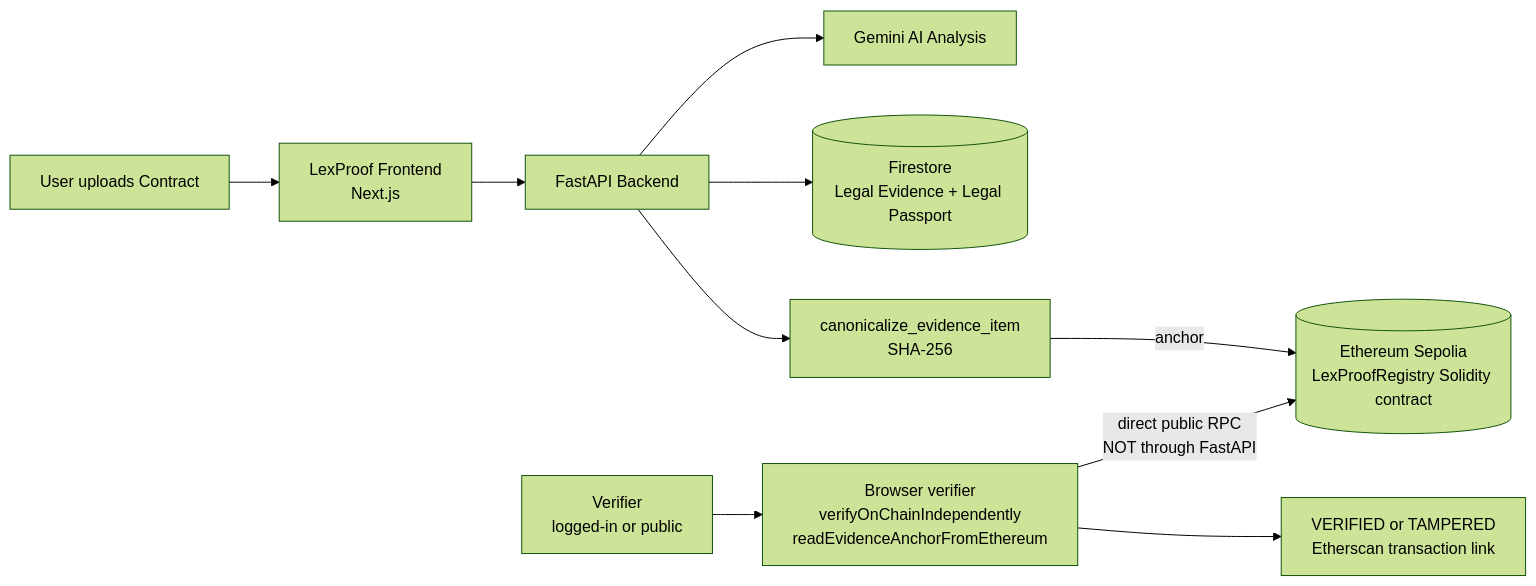
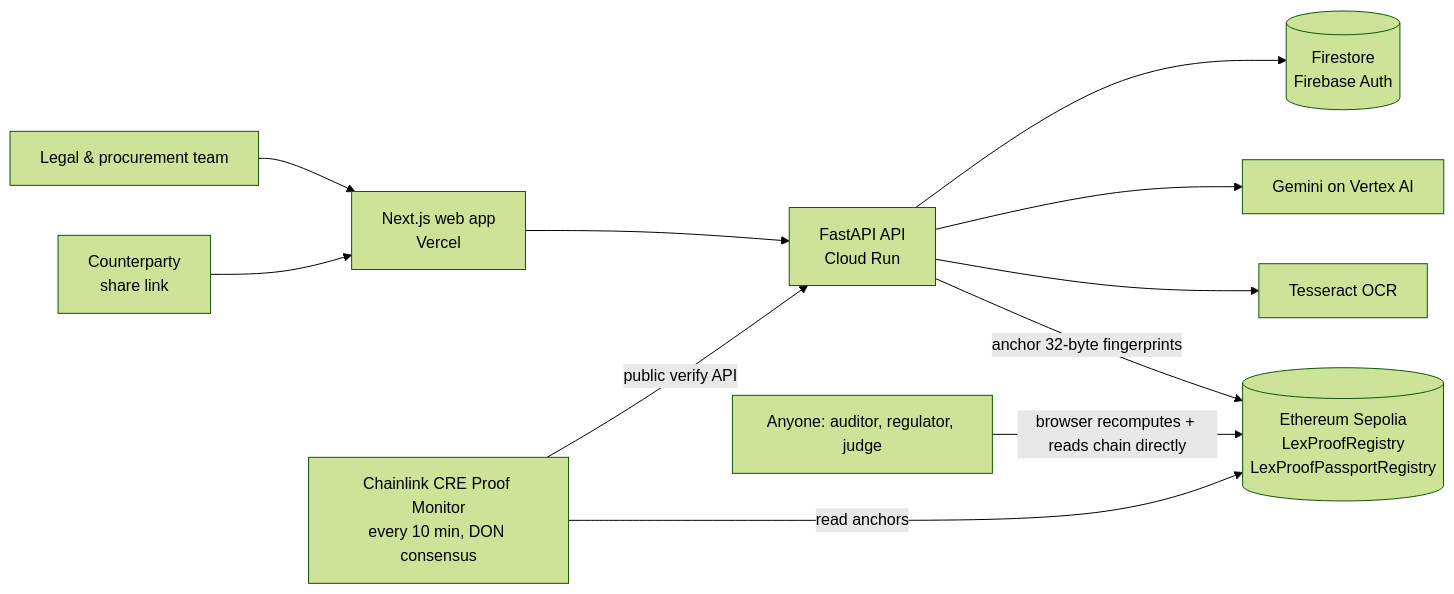
Before and after one commit to pgskannan/LexProof: the diagram in README.md, drawn with Mermaid (forest theme). The commit also changed other lines of this file and 9 other files, not shown here.

Commit message:
feat: read-only judge account, archive E2E test contracts, CRE monitor on live API, README rewrite

````diff
--- a/README.md
+++ b/README.md
@@ -13,13 +59,13 @@
 ```mermaid
 flowchart LR
-User[User uploads Contract] --> Next[LexProof Frontend<br/>Next.js]
-Next --> API[FastAPI Backend]
-API --> Gemini[Gemini AI Analysis]
-API --> Firestore[(Firestore<br/>Legal Evidence + Legal Passport)]
-API --> Hash[canonicalize_evidence_item<br/>SHA-256]
-Hash -->|anchor| Ethereum[(Ethereum Sepolia<br/>LexProofRegistry Solidity contract)]
-
-Verifier[Verifier<br/>logged-in or public] --> Browser[Browser verifier<br/>verifyOnChainIndependently<br/>readEvidenceAnchorFromEthereum]
-Browser -->|direct public RPC<br/>NOT through FastAPI| Ethereum
-Browser --> Result[VERIFIED or TAMPERED<br/>Etherscan transaction link]
+  Team[Legal & procurement team] --> Web[Next.js web app<br/>Vercel]
+  CP[Counterparty<br/>share link] --> Web
+  Web --> API[FastAPI API<br/>Cloud Run]
+  API --> FS[(Firestore<br/>Firebase Auth)]
+  API --> Gem[Gemini on Vertex AI]
+  API --> OCR[Tesseract OCR]
+  API -->|anchor 32-byte fingerprints| ETH[(Ethereum Sepolia<br/>LexProofRegistry<br/>LexProofPassportRegistry)]
+  Anyone[Anyone: auditor, regulator, judge] -->|browser recomputes + reads chain directly| ETH
+  CRE[Chainlink CRE Proof Monitor<br/>every 10 min, DON consensus] -->|public verify API| API
+  CRE -->|read anchors| ETH
 ```
````
